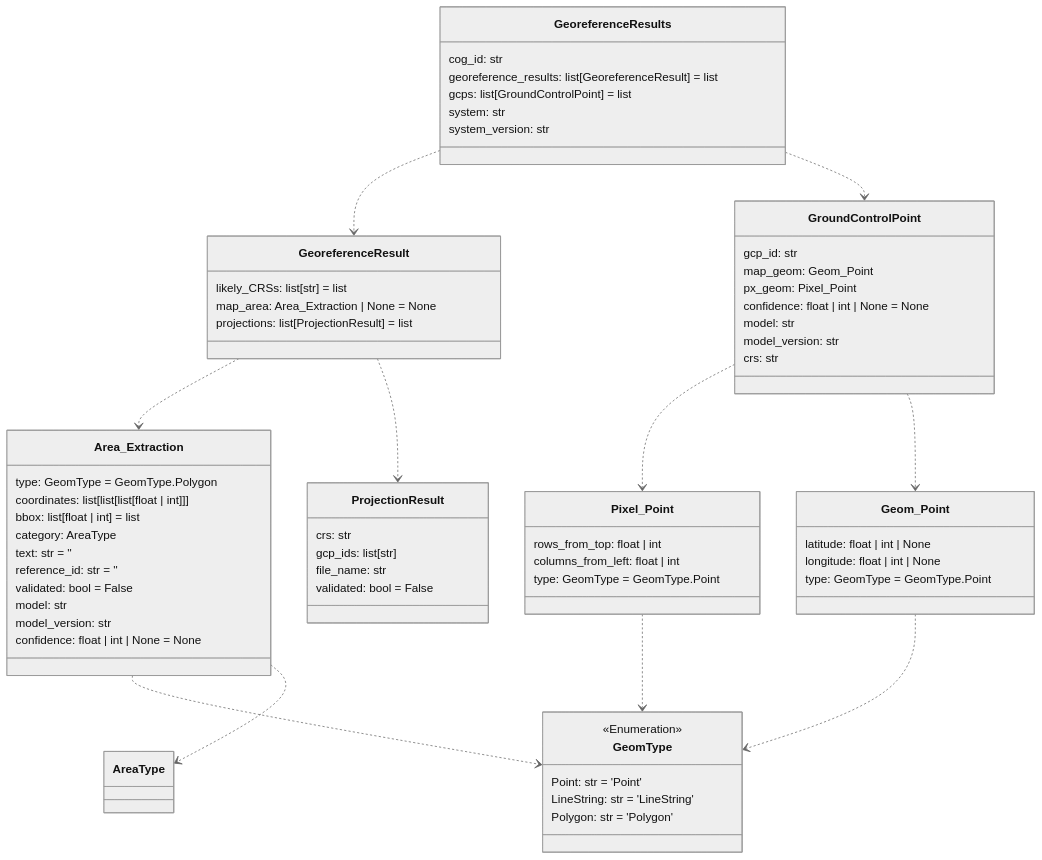
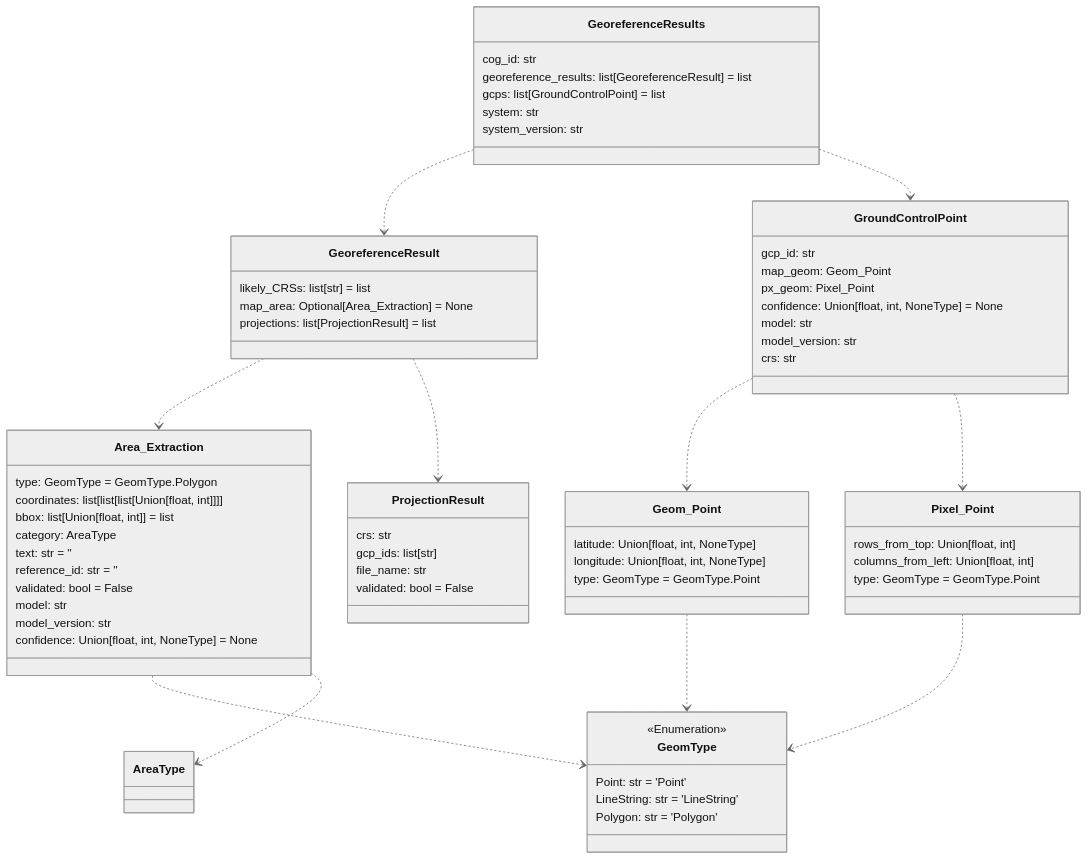
One commit to DARPA-CRITICALMAAS/cdr_schemas changed the second of 14 diagrams in README.md. Above: the diagram before and after it, drawn with Mermaid (neutral theme). The commit also changed other lines of this file and 2 other files, not shown here.

````diff
--- a/README.md
+++ b/README.md
@@ -117,79 +117,79 @@
 ```mermaid
 classDiagram
+
+    class Area_Extraction {
+        type: GeomType = GeomType.Polygon
+        coordinates: list[list[list[Union[float, int]]]]
+        bbox: list[Union[float, int]] = list
+        category: AreaType
+        text: str = ''
+        reference_id: str = ''
+        validated: bool = False
+        model: str
+        model_version: str
+        confidence: Union[float, int, NoneType] = None
+    }
+
+    class GeoreferenceResult {
+        likely_CRSs: list[str] = list
+        map_area: Optional[Area_Extraction] = None
+        projections: list[ProjectionResult] = list
+    }
+
+    class ProjectionResult {
+        crs: str
+        gcp_ids: list[str]
+        file_name: str
+        validated: bool = False
+    }
+
+    class Geom_Point {
+        latitude: Union[float, int, NoneType]
+        longitude: Union[float, int, NoneType]
+        type: GeomType = GeomType.Point
+    }
+
+    class Pixel_Point {
+        rows_from_top: Union[float, int]
+        columns_from_left: Union[float, int]
+        type: GeomType = GeomType.Point
+    }
+
+    class GroundControlPoint {
+        gcp_id: str
+        map_geom: Geom_Point
+        px_geom: Pixel_Point
+        confidence: Union[float, int, NoneType] = None
+        model: str
+        model_version: str
+        crs: str
+    }
+
+    class GeomType {
+        <<Enumeration>>
+        Point: str = 'Point'
+        LineString: str = 'LineString'
+        Polygon: str = 'Polygon'
+    }
 
     class GeoreferenceResults {
         cog_id: str
         georeference_results: list[GeoreferenceResult] = list
         gcps: list[GroundControlPoint] = list
         system: str
         system_version: str
     }
 
-    class Geom_Point {
-        latitude: float | int | None
-        longitude: float | int | None
-        type: GeomType = GeomType.Point
-    }
-
-    class GeoreferenceResult {
-        likely_CRSs: list[str] = list
-        map_area: Area_Extraction | None = None
-        projections: list[ProjectionResult] = list
-    }
-
-    class Pixel_Point {
-        rows_from_top: float | int
-        columns_from_left: float | int
-        type: GeomType = GeomType.Point
-    }
-
-    class GeomType {
-        <<Enumeration>>
-        Point: str = 'Point'
-        LineString: str = 'LineString'
-        Polygon: str = 'Polygon'
-    }
-
-    class Area_Extraction {
-        type: GeomType = GeomType.Polygon
-        coordinates: list[list[list[float | int]]]
-        bbox: list[float | int] = list
-        category: AreaType
-        text: str = ''
-        reference_id: str = ''
-        validated: bool = False
-        model: str
-        model_version: str
-        confidence: float | int | None = None
-    }
-
-    class ProjectionResult {
-        crs: str
-        gcp_ids: list[str]
-        file_name: str
-        validated: bool = False
-    }
-
-    class GroundControlPoint {
-        gcp_id: str
-        map_geom: Geom_Point
-        px_geom: Pixel_Point
-        confidence: float | int | None = None
-        model: str
-        model_version: str
-        crs: str
-    }
-
     Area_Extraction ..> GeomType
     Area_Extraction ..> AreaType
     Geom_Point ..> GeomType
     Pixel_Point ..> GeomType
+    GroundControlPoint ..> Geom_Point
     GroundControlPoint ..> Pixel_Point
-    GroundControlPoint ..> Geom_Point
     GeoreferenceResult ..> Area_Extraction
     GeoreferenceResult ..> ProjectionResult
     GeoreferenceResults ..> GeoreferenceResult
     GeoreferenceResults ..> GroundControlPoint
 
 
 ```
````
